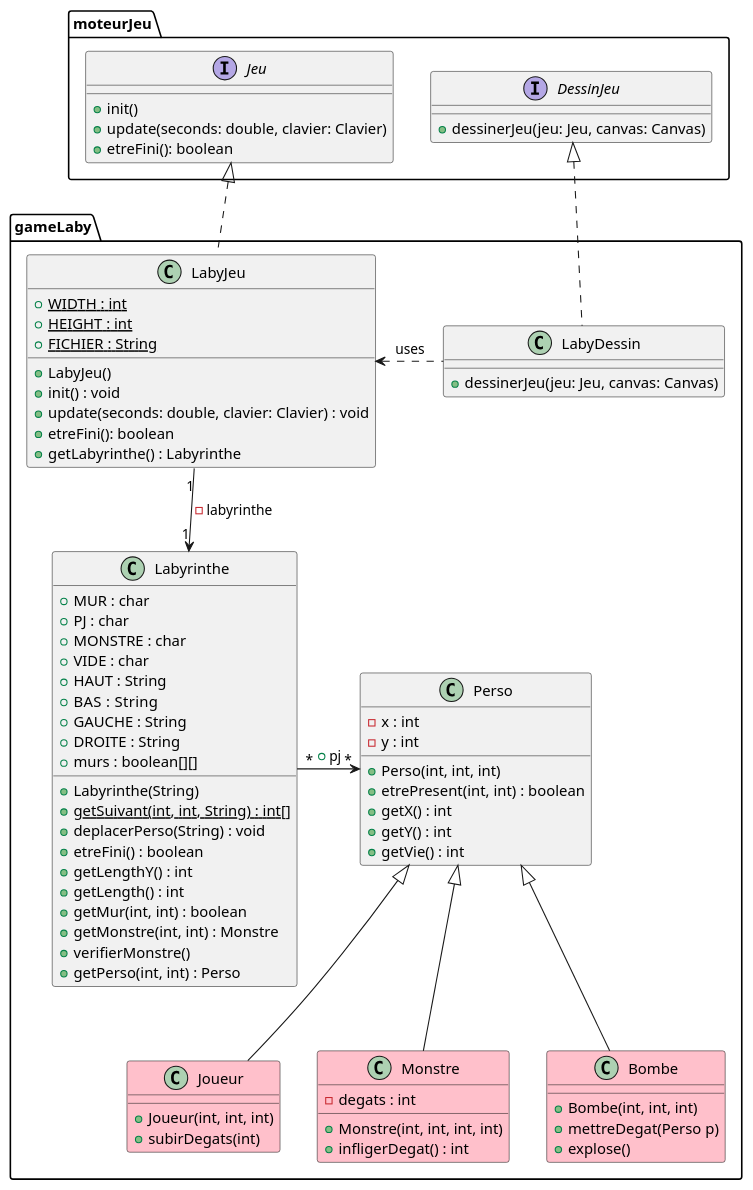
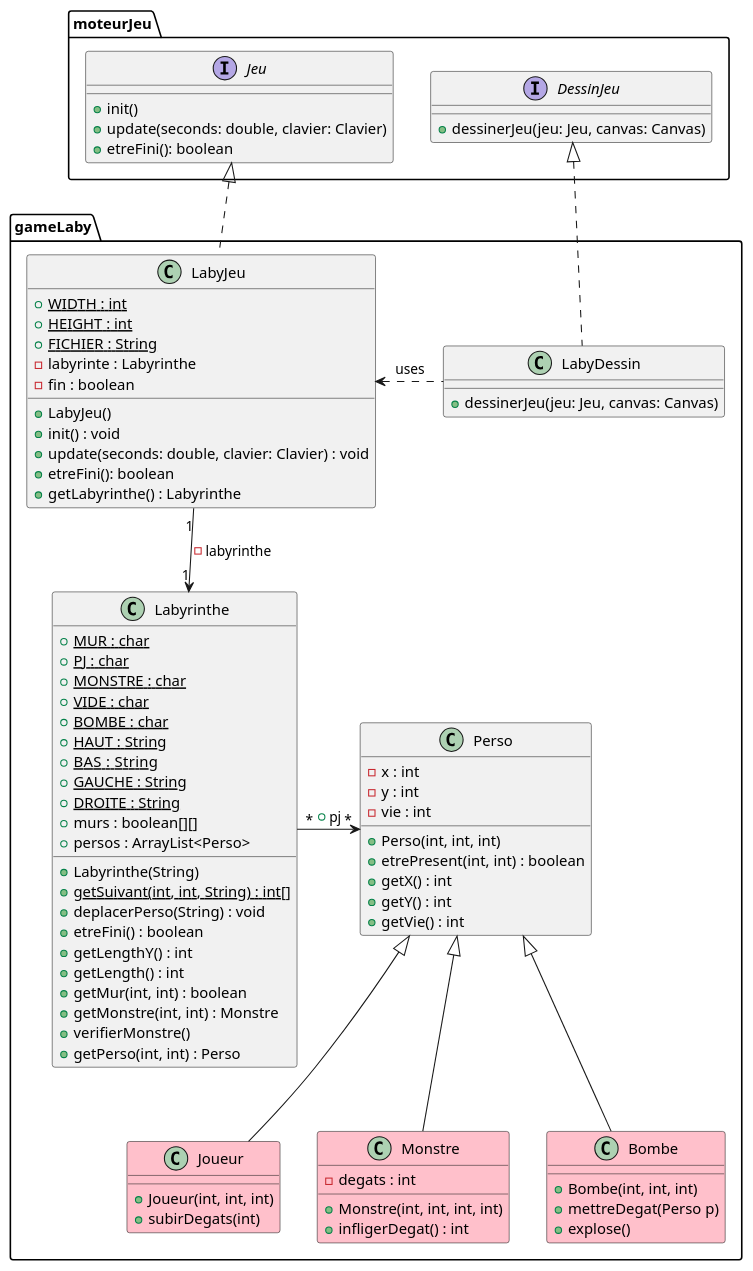
Before and after one commit to Packingdustry/2024_Zeldiablo_massoncl1u_delaborde2u_e2074u_marti1228u_e2920u: the diagram in projet_zeldiablo/documents/version_1/LabyJeu.puml, drawn with PlantUML. The commit also changed 6 other files, not shown here.

```diff
--- a/projet_zeldiablo/documents/version_1/LabyJeu.puml
+++ b/projet_zeldiablo/documents/version_1/LabyJeu.puml
@@ -1,92 +1,97 @@
 @startuml
 package moteurJeu {
 
 interface Jeu{
 + init()
 + update(seconds: double, clavier: Clavier)
 + etreFini(): boolean
 }
 
 
 interface DessinJeu {
 + dessinerJeu(jeu: Jeu, canvas: Canvas)
 }
 }
 
 package gameLaby{
 
 class LabyJeu{
 + {static} WIDTH : int
 + {static} HEIGHT : int
 + {static} FICHIER : String
+- labyrinte : Labyrinthe
+- fin : boolean
 + LabyJeu()
 + init() : void
 + update(seconds: double, clavier: Clavier) : void
 + etreFini(): boolean
 + getLabyrinthe() : Labyrinthe
 }
 
 class Labyrinthe {
-  + MUR : char
-  + PJ : char
-  + MONSTRE : char
-  + VIDE : char
-  + HAUT : String
-  + BAS  : String
-  + GAUCHE : String
-  + DROITE : String
+  + {static} MUR : char
+  + {static} PJ : char
+  + {static} MONSTRE : char
+  + {static} VIDE : char
+  + {static} BOMBE : char
+  + {static} HAUT : String
+  + {static} BAS  : String
+  + {static} GAUCHE : String
+  + {static} DROITE : String
   + murs : boolean[][]
+  + persos : ArrayList<Perso>
   + Labyrinthe(String)
   + {static} getSuivant(int, int, String) : int[]
   + deplacerPerso(String) : void
   + etreFini() : boolean
   + getLengthY() : int
   + getLength() : int
   + getMur(int, int) : boolean
   + getMonstre(int, int) : Monstre
   + verifierMonstre()
   + getPerso(int, int) : Perso
 }
 
 
 Jeu <|.. LabyJeu
 
 
 LabyJeu "1" --> "1" Labyrinthe : -labyrinthe
 
 
 class LabyDessin{
 + dessinerJeu(jeu: Jeu, canvas: Canvas)
 }
 
 DessinJeu <|.. LabyDessin
 LabyJeu <. LabyDessin:uses
 
 class Perso {
   - x : int
   - y : int
+  - vie : int
   + Perso(int, int, int)
   + etrePresent(int, int) : boolean
   + getX() : int
   + getY() : int
   + getVie() : int
 }
 
 class Joueur #pink extends Perso{
   + Joueur(int, int, int)
   + subirDegats(int)
 }
 
 class Monstre #pink extends Perso {
   - degats : int
   + Monstre(int, int, int, int)
   + infligerDegat() : int
 }
 class Bombe #pink extends Perso {
   + Bombe(int, int, int)
   + mettreDegat(Perso p)
   + explose()
 }
 Labyrinthe "*" -> "*" Perso : + pj
 }
 @enduml
```
